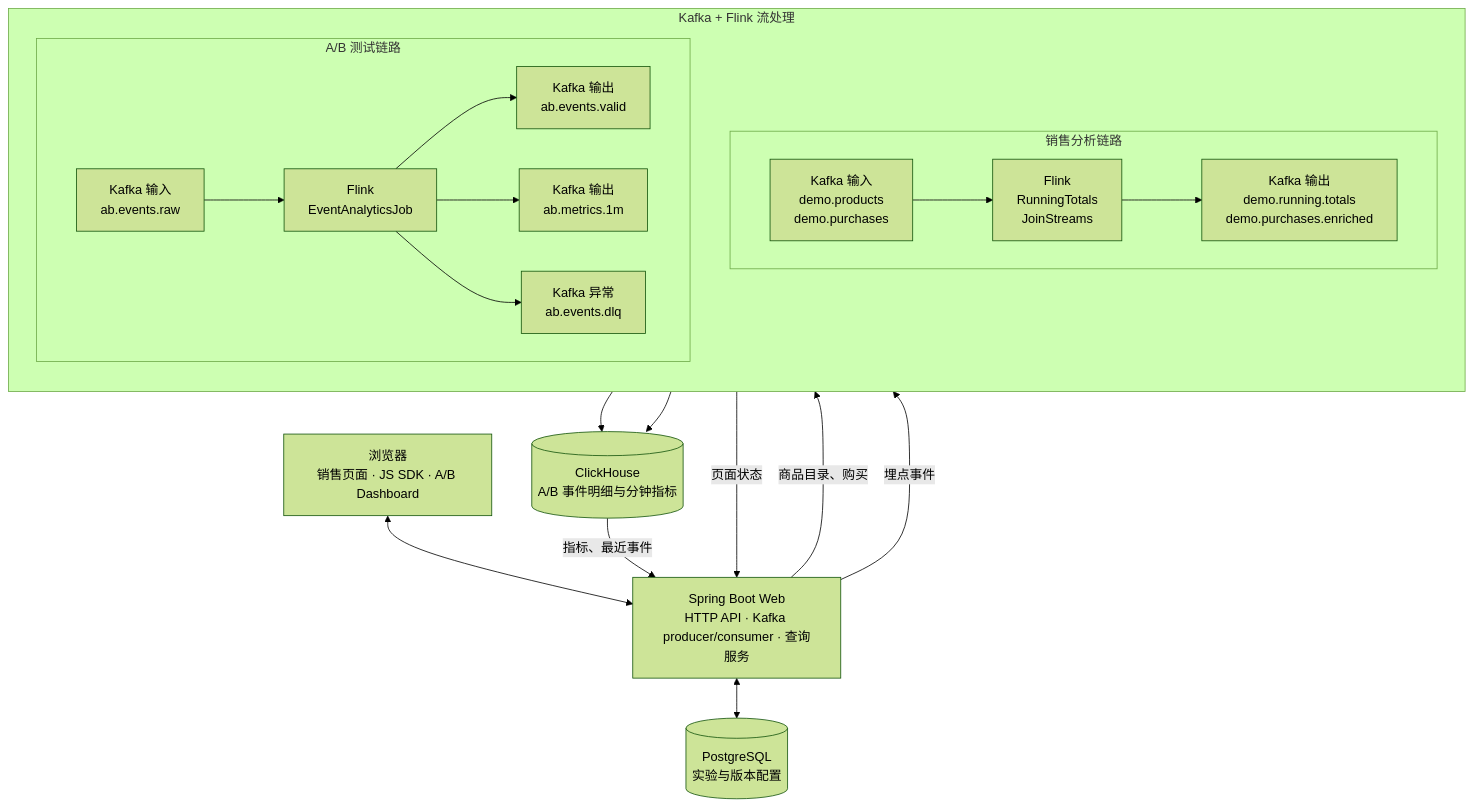
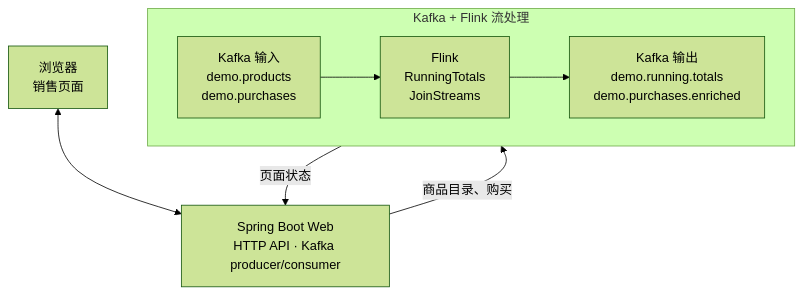
Before and after one commit to fanqingsong/flink-kafka-demo: the first of 3 diagrams in docs/data-model-and-flow.md, drawn with Mermaid (forest theme). The commit also changed other lines of this file and 37 other files, not shown here.

Commit message:
Remove the A/B testing pipeline so the demo only covers sales streaming.

````diff
--- a/docs/data-model-and-flow.md
+++ b/docs/data-model-and-flow.md
@@ -16,42 +13,18 @@
 ```mermaid
 flowchart TB
-  browser["浏览器<br/>销售页面 · JS SDK · A/B Dashboard"]
-  web["Spring Boot Web<br/>HTTP API · Kafka producer/consumer · 查询服务"]
-  pg[("PostgreSQL<br/>实验与版本配置")]
-  ch[("ClickHouse<br/>A/B 事件明细与分钟指标")]
+  browser["浏览器<br/>销售页面"]
+  web["Spring Boot Web<br/>HTTP API · Kafka producer/consumer"]
 
   browser <--> web
-  web <--> pg
 
   subgraph pipelines["Kafka + Flink 流处理"]
-    direction TB
-
-    subgraph sales["销售分析链路"]
-      direction LR
-      salesIn["Kafka 输入<br/>demo.products<br/>demo.purchases"]
-      salesJobs["Flink<br/>RunningTotals<br/>JoinStreams"]
-      salesOut["Kafka 输出<br/>demo.running.totals<br/>demo.purchases.enriched"]
-      salesIn --> salesJobs --> salesOut
-    end
-
-    subgraph ab["A/B 测试链路"]
-      direction LR
-      raw["Kafka 输入<br/>ab.events.raw"]
-      analytics["Flink<br/>EventAnalyticsJob"]
-      valid["Kafka 输出<br/>ab.events.valid"]
-      metrics["Kafka 输出<br/>ab.metrics.1m"]
-      dlq["Kafka 异常<br/>ab.events.dlq"]
-      raw --> analytics
-      analytics --> valid
-      analytics --> metrics
-      analytics --> dlq
-    end
+    direction LR
+    salesIn["Kafka 输入<br/>demo.products<br/>demo.purchases"]
+    salesJobs["Flink<br/>RunningTotals<br/>JoinStreams"]
+    salesOut["Kafka 输出<br/>demo.running.totals<br/>demo.purchases.enriched"]
+    salesIn --> salesJobs --> salesOut
   end
 
   web -->|"商品目录、购买"| salesIn
   salesOut -->|"页面状态"| web
-  web -->|"埋点事件"| raw
-  valid --> ch
-  metrics --> ch
-  ch -->|"指标、最近事件"| web
 ```
````
